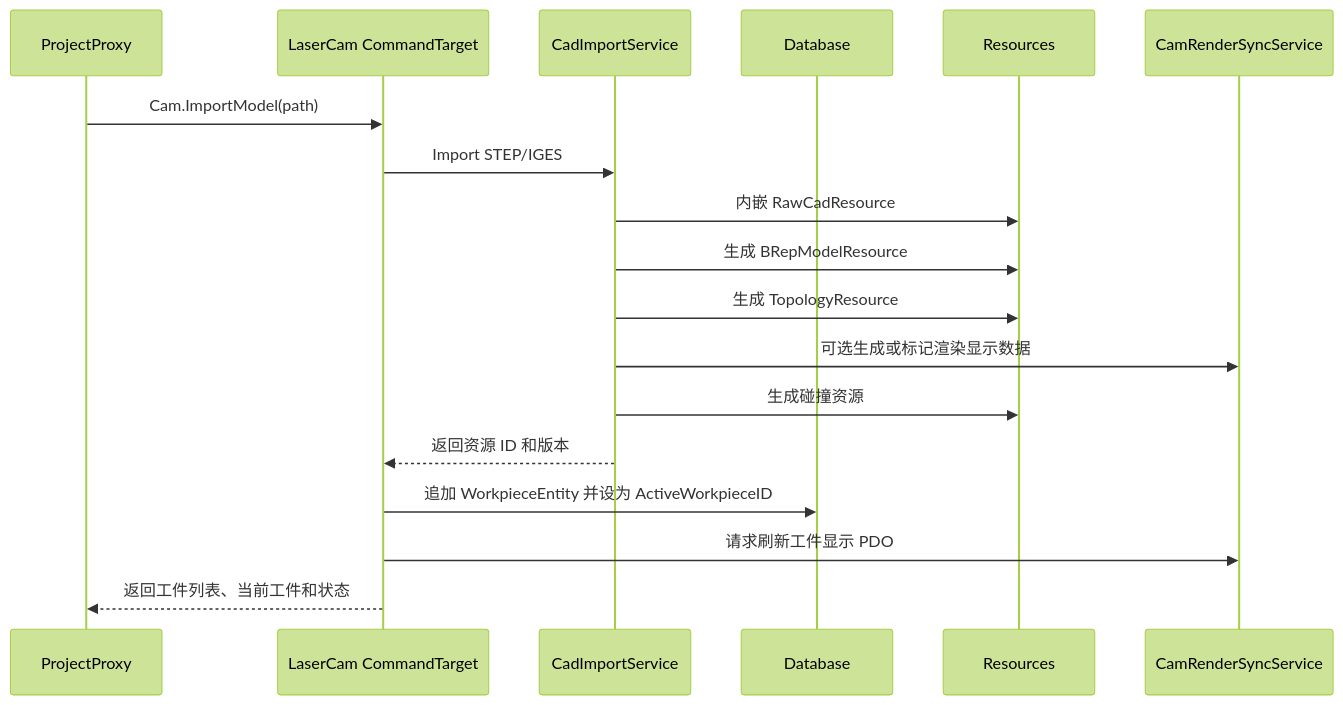
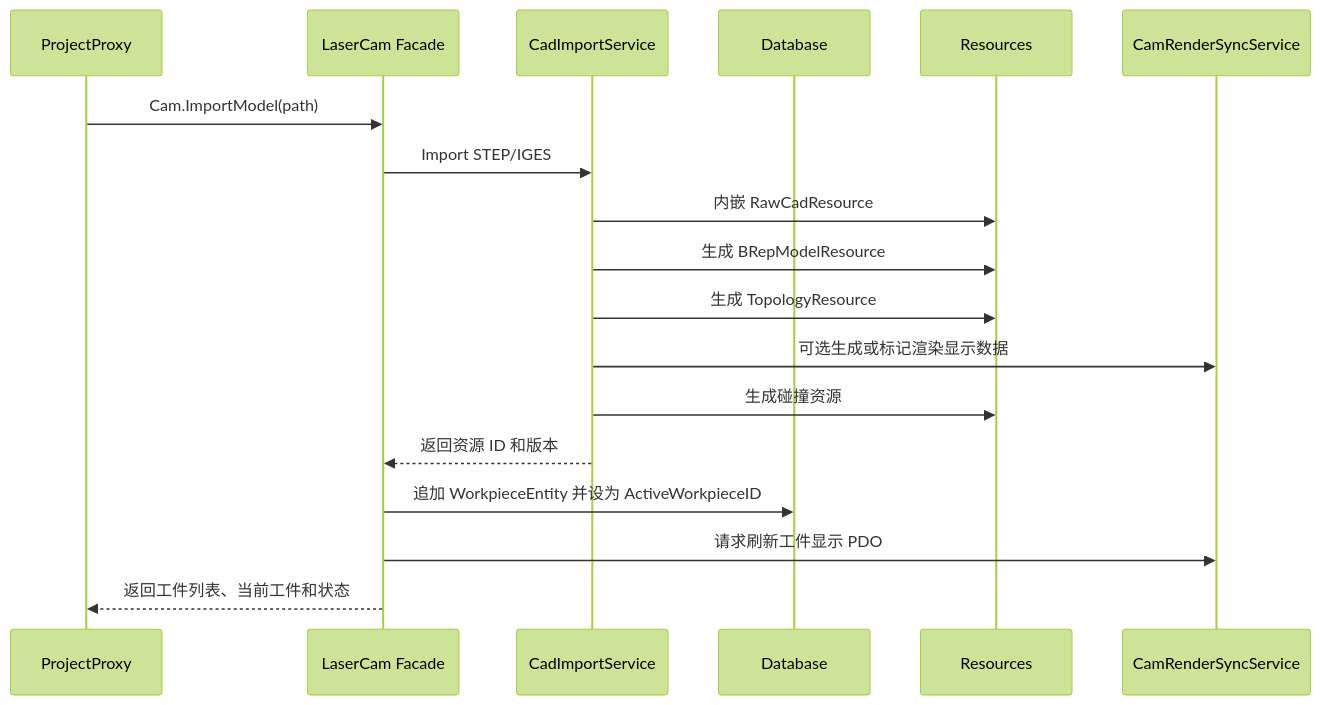
One commit to penguinchiang0609-ui/iCAX changed the third of 6 diagrams in doc/iCAX-Engine/Products/Laser3DCAM/三维线条切割CAM产品方案文档.md. Above: the diagram before and after it, drawn with Mermaid (forest theme). The commit also changed other lines of this file and 308 other files, not shown here.

````diff
--- a/doc/iCAX-Engine/Products/Laser3DCAM/三维线条切割CAM产品方案文档.md
+++ b/doc/iCAX-Engine/Products/Laser3DCAM/三维线条切割CAM产品方案文档.md
@@ -844,21 +844,21 @@
 ```mermaid
 sequenceDiagram
     participant UI as ProjectProxy
-    participant Cmd as LaserCam CommandTarget
+    participant Cmd as LaserCam Facade
     participant Cad as CadImportService
     participant Repo as Database
     participant Res as Resources
     participant Render as CamRenderSyncService
 
     UI->>Cmd: Cam.ImportModel(path)
     Cmd->>Cad: Import STEP/IGES
     Cad->>Res: 内嵌 RawCadResource
     Cad->>Res: 生成 BRepModelResource
     Cad->>Res: 生成 TopologyResource
     Cad->>Render: 可选生成或标记渲染显示数据
     Cad->>Res: 生成碰撞资源
     Cad-->>Cmd: 返回资源 ID 和版本
     Cmd->>Repo: 追加 WorkpieceEntity 并设为 ActiveWorkpieceID
     Cmd->>Render: 请求刷新工件显示 PDO
     Cmd-->>UI: 返回工件列表、当前工件和状态
 ```
````
